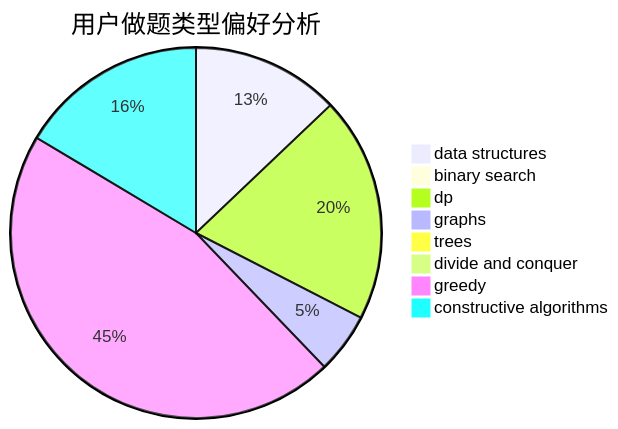
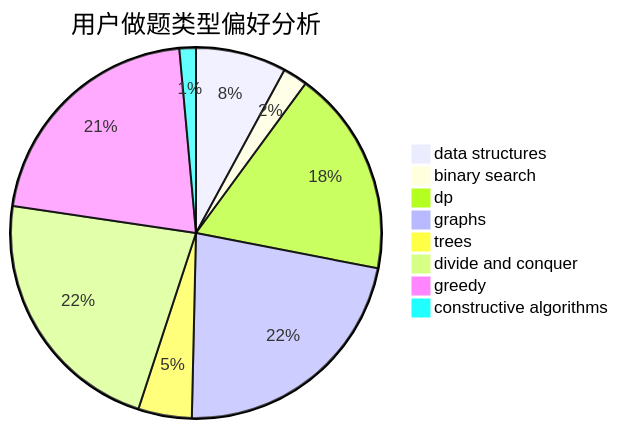
Before and after one commit to sherpahu/cfrs.github.io: the second of 3 diagrams in docs/user/u1796.md, drawn with Mermaid. The commit also changed other lines of this file and 2770 other files, not shown here.

````diff
--- a/docs/user/u1796.md
+++ b/docs/user/u1796.md
@@ -23,11 +23,11 @@
 ```mermaid
 pie title 用户做题类型偏好分析
-    "data structures" :  44
-    "binary search" :  2
-    "dp" :  67
-    "graphs" :  18
-    "trees" :  0
-    "divide and conquer" :  0
-    "greedy" :  156
-    "constructive algorithms" :  56
+    "data structures" :  22
+    "binary search" :  6
+    "dp" :  50
+    "graphs" :  62
+    "trees" :  13
+    "divide and conquer" :  62
+    "greedy" :  59
+    "constructive algorithms" :  4
 ```
````
